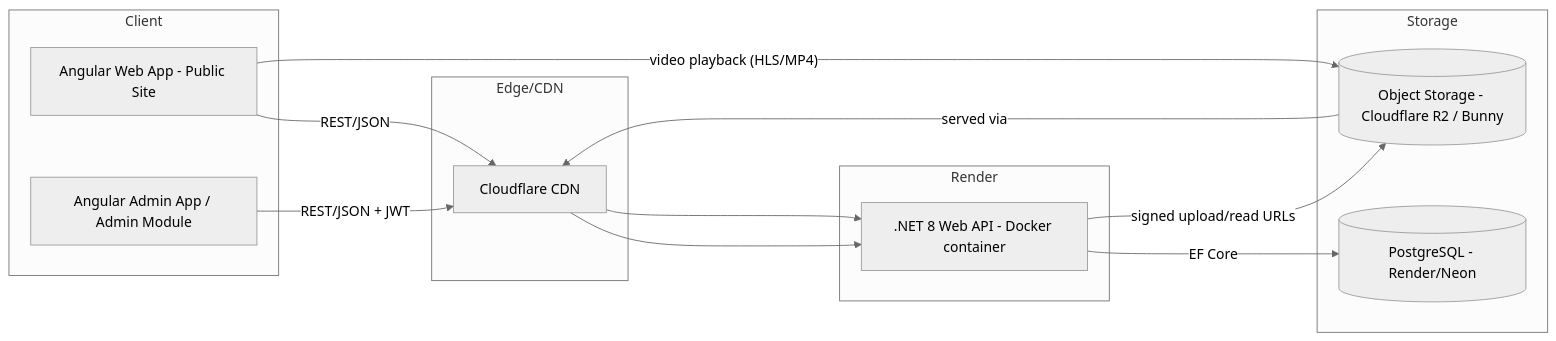
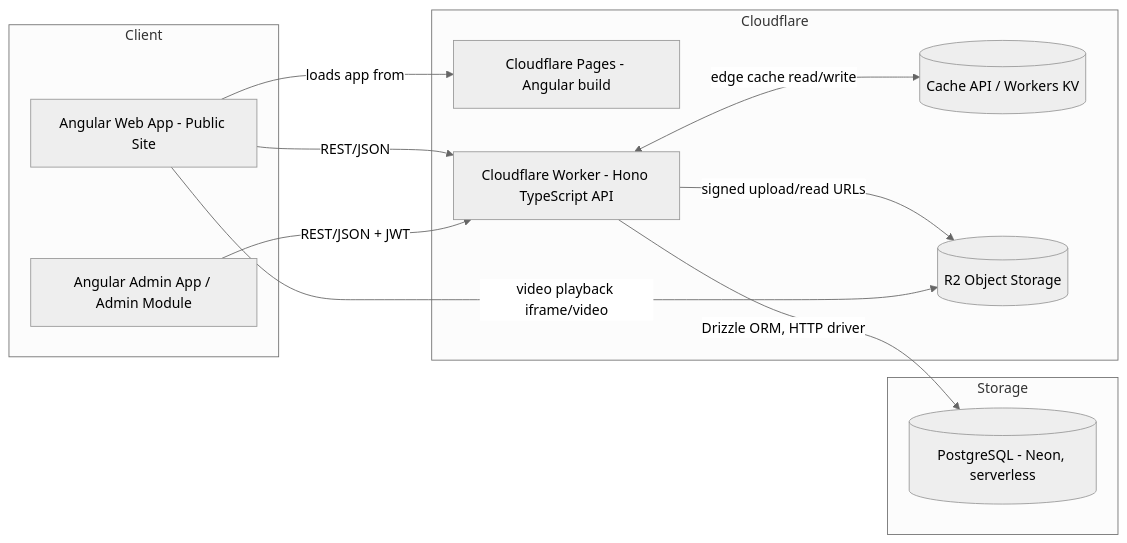
One commit to Jai1773/AniSpeaker changed the first of 2 diagrams in ANISPEAKER_ARCHITECTURE.md. Above: the diagram before and after it, drawn with Mermaid (neutral theme). The commit also changed other lines of this file and 110 other files, not shown here.

````diff
--- a/ANISPEAKER_ARCHITECTURE.md
+++ b/ANISPEAKER_ARCHITECTURE.md
@@ -41,27 +44,26 @@
 ```mermaid
 flowchart LR
     subgraph Client
         A[Angular Web App - Public Site]
         B[Angular Admin App / Admin Module]
     end
 
-    subgraph Edge/CDN
-        CF[Cloudflare CDN]
-    end
-
-    subgraph Render
-        API[.NET 8 Web API - Docker container]
+    subgraph Cloudflare
+        PAGES[Cloudflare Pages - Angular build]
+        API[Cloudflare Worker - Hono TypeScript API]
+        CACHE[(Cache API / Workers KV)]
+        OBJ[(R2 Object Storage)]
     end
 
     subgraph Storage
-        DB[(PostgreSQL - Render/Neon)]
-        OBJ[(Object Storage - Cloudflare R2 / Bunny)]
+        DB[(PostgreSQL - Neon, serverless)]
     end
 
-    A -- REST/JSON --> CF --> API
-    B -- REST/JSON + JWT --> CF --> API
-    API -- EF Core --> DB
+    A -- loads app from --> PAGES
+    A -- REST/JSON --> API
+    B -- REST/JSON + JWT --> API
+    API <-- edge cache read/write --> CACHE
+    API -- Drizzle ORM, HTTP driver --> DB
     API -- signed upload/read URLs --> OBJ
-    A -- video playback (HLS/MP4) --> OBJ
-    OBJ -- served via --> CF
+    A -- video playback iframe/video --> OBJ
 ```
````
